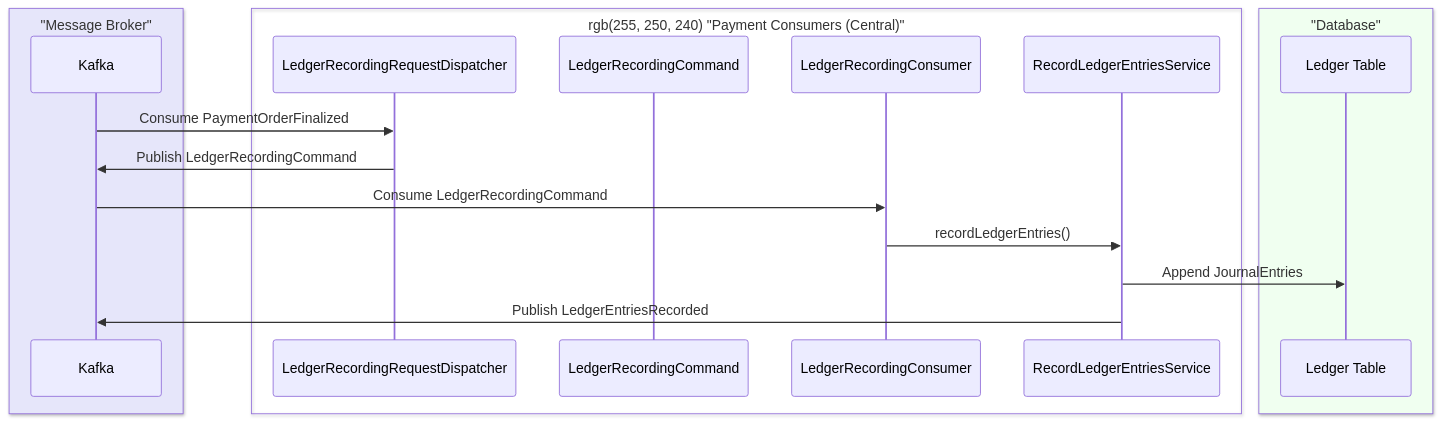
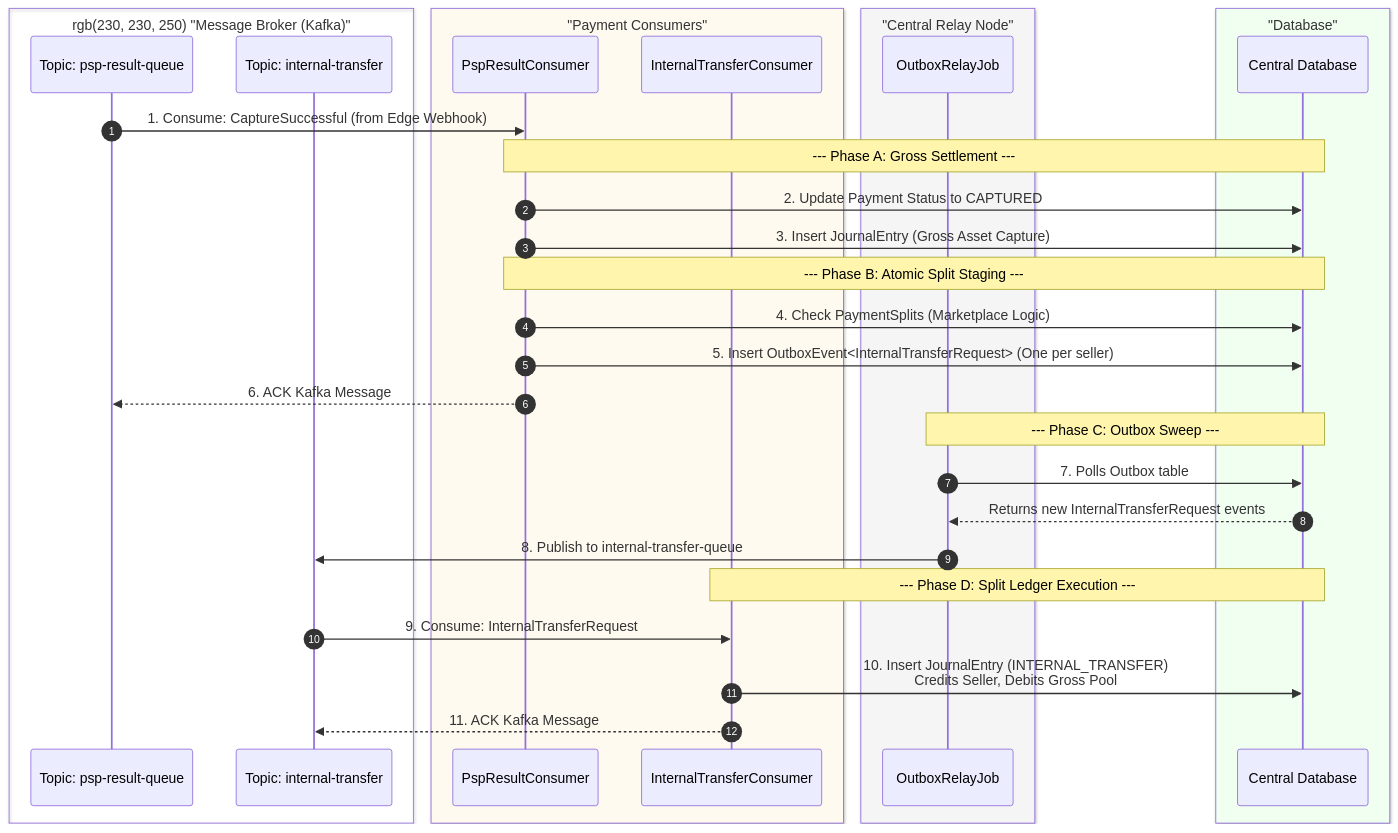
One commit to dcaglar/ecommerce-platform-kotlin changed the fourth of 5 diagrams in docs/architecture/architecture.md. Above: the diagram before and after it, drawn with Mermaid. The commit also changed other lines of this file and 141 other files, not shown here.

Commit message:
introduce a and edge cell which will run  on different hoist, in one edge cell there will be one payment acceptance service, one local-db and one local outbox forwarder

````diff
--- a/docs/architecture/architecture.md
+++ b/docs/architecture/architecture.md
@@ -576,24 +563,47 @@
 ```mermaid
 sequenceDiagram
-    box rgb(230, 230, 250) "Message Broker"
-        participant Kafka
+    autonumber
+    
+    box rgb(230, 230, 250) "Message Broker (Kafka)"
+        participant psp_result as Topic: psp-result-queue
+        participant transfer_topic as Topic: internal-transfer
     end
 
-    box rgb(255, 250, 240) "Payment Consumers (Central)"
-        participant Dispatcher as LedgerRecordingRequestDispatcher
-        participant Command as LedgerRecordingCommand
-        participant Consumer as LedgerRecordingConsumer
-        participant Service as RecordLedgerEntriesService
+    box rgb(255, 250, 240) "Payment Consumers"
+        participant PspResult as PspResultConsumer
+        participant Transfer as InternalTransferConsumer
+    end
+
+    box rgb(245, 245, 245) "Central Relay Node"
+        participant Relay as OutboxRelayJob
     end
 
     box rgb(240, 255, 240) "Database"
-        participant LedgerDB as Ledger Table
+        participant DB as Central Database
     end
 
-    Kafka->>Dispatcher: Consume PaymentOrderFinalized
-    Dispatcher->>Kafka: Publish LedgerRecordingCommand
-    Kafka->>Consumer: Consume LedgerRecordingCommand
-    Consumer->>Service: recordLedgerEntries()
-    Service->>LedgerDB: Append JournalEntries
-    Service->>Kafka: Publish LedgerEntriesRecorded
+    %% Step 1: Gross Capture
+    psp_result->>PspResult: 1. Consume: CaptureSuccessful (from Edge Webhook)
+    
+    Note over PspResult, DB: --- Phase A: Gross Settlement ---
+    PspResult->>DB: 2. Update Payment Status to CAPTURED
+    PspResult->>DB: 3. Insert JournalEntry (Gross Asset Capture)
+    
+    %% Step 2: Staging Splits
+    Note over PspResult, DB: --- Phase B: Atomic Split Staging ---
+    PspResult->>DB: 4. Check PaymentSplits (Marketplace Logic)
+    PspResult->>DB: 5. Insert OutboxEvent<InternalTransferRequest> (One per seller)
+    PspResult-->>psp_result: 6. ACK Kafka Message
+    
+    %% Step 3: Relay Sweeping
+    Note over Relay, DB: --- Phase C: Outbox Sweep ---
+    Relay->>DB: 7. Polls Outbox table
+    DB-->>Relay: Returns new InternalTransferRequest events
+    Relay->>transfer_topic: 8. Publish to internal-transfer-queue
+    
+    %% Step 4: Split Execution
+    Note over Transfer, DB: --- Phase D: Split Ledger Execution ---
+    transfer_topic->>Transfer: 9. Consume: InternalTransferRequest
+    Transfer->>DB: 10. Insert JournalEntry (INTERNAL_TRANSFER)<br/>Credits Seller, Debits Gross Pool
+    Transfer-->>transfer_topic: 11. ACK Kafka Message
 ```
````
